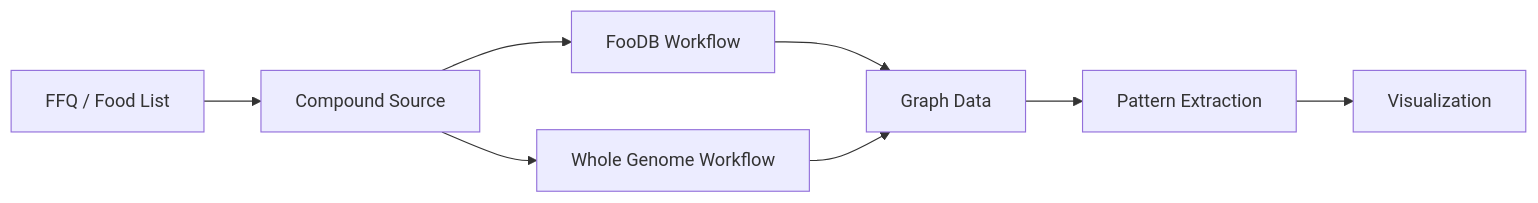
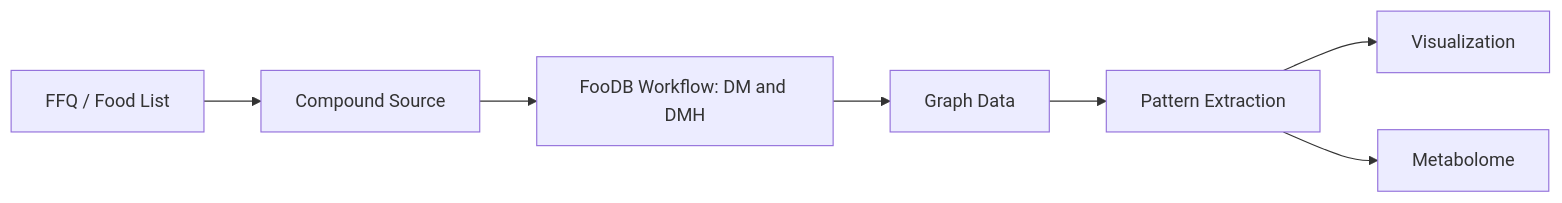
Before and after one commit to lozuponelab/DietMicrobeNet: the diagram in docs-site/docs/usage.md, drawn with Mermaid. The commit also changed other lines of this file, not shown here.

````diff
--- a/docs-site/docs/usage.md
+++ b/docs-site/docs/usage.md
@@ -10,10 +10,9 @@
 ```mermaid
 graph LR
   A[FFQ / Food List] --> B[Compound Source]
-  B --> C1[FooDB Workflow]
-  B --> C2[Whole Genome Workflow]
-  C1 --> D[Graph Data]
-  C2 --> D
+  B --> C[FooDB Workflow: DM and DMH]
+  C --> D[Graph Data]
   D --> E[Pattern Extraction]
-  E --> F[Visualization]
+  E --> F1[Visualization]
+  E --> F2[Metabolome]
 ```
````
